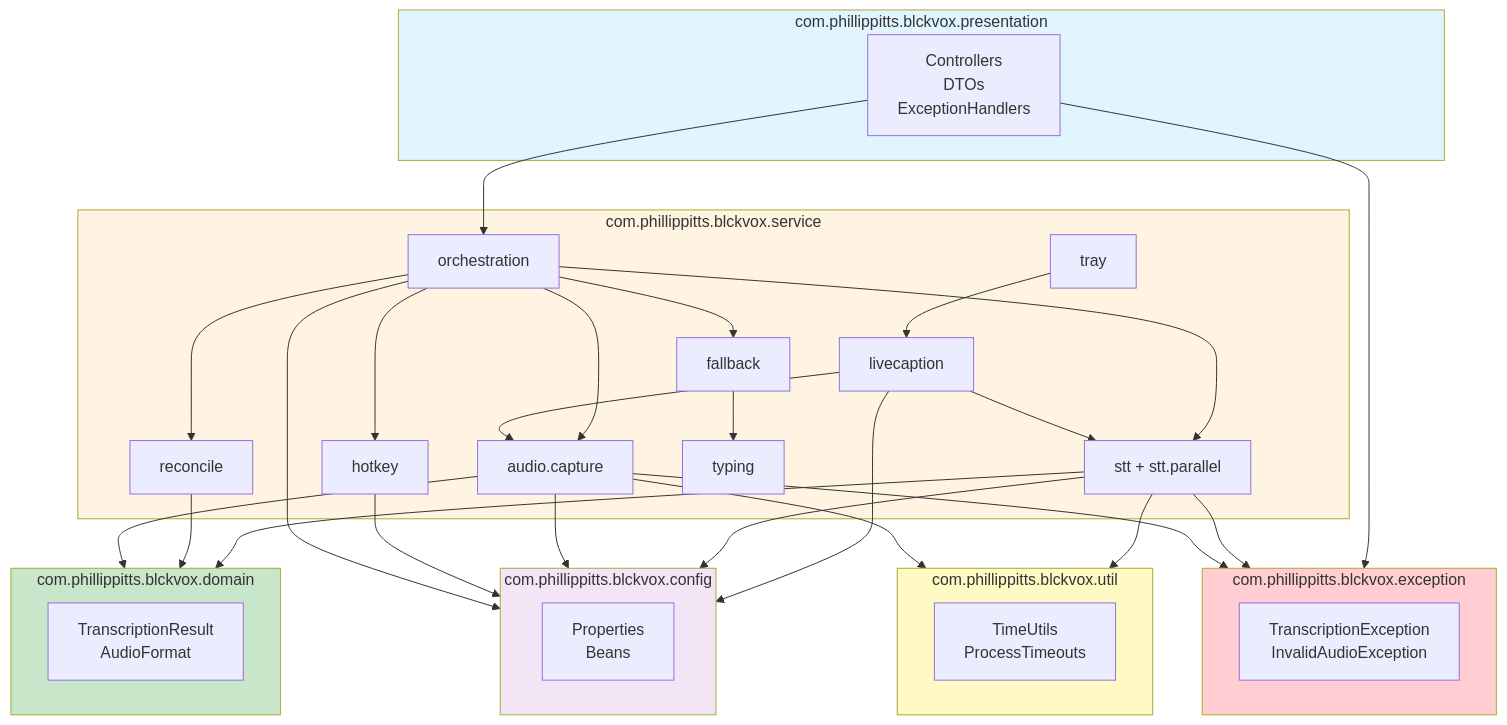
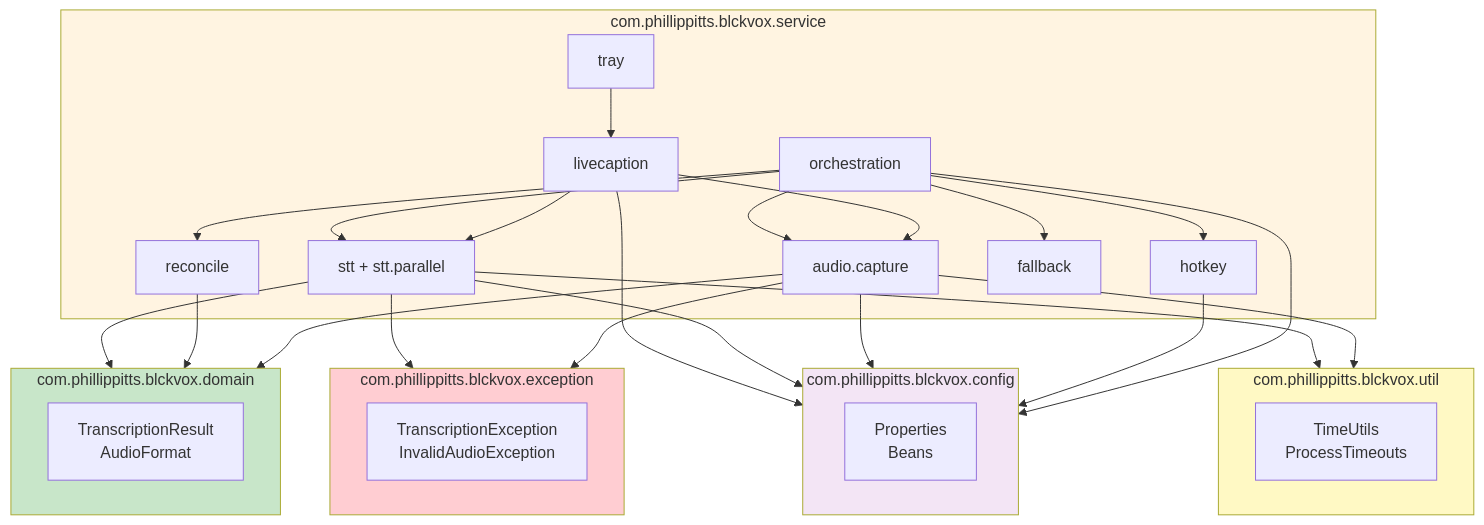
One commit to phillippitts/speakToMack changed the sixth of 9 diagrams in docs/diagrams/class-dependencies.md. Above: the diagram before and after it, drawn with Mermaid. The commit also changed other lines of this file and 18 other files, not shown here.

````diff
--- a/docs/diagrams/class-dependencies.md
+++ b/docs/diagrams/class-dependencies.md
@@ -269,68 +259,59 @@
 ```mermaid
 graph TB
-    subgraph presentation["com.phillippitts.blckvox.presentation"]
-        Controller[Controllers<br/>DTOs<br/>ExceptionHandlers]
-    end
-
     subgraph service["com.phillippitts.blckvox.service"]
         Orch[orchestration]
         STT[stt + stt.parallel]
         Audio[audio.capture]
         Hotkey[hotkey]
         Reconcile[reconcile]
         Fallback[fallback]
-        Typing[typing]
         LiveCaption[livecaption]
         Tray[tray]
     end
 
     subgraph domain["com.phillippitts.blckvox.domain"]
         Entities[TranscriptionResult<br/>AudioFormat]
     end
 
     subgraph config["com.phillippitts.blckvox.config"]
         Props[Properties<br/>Beans]
     end
 
     subgraph exception["com.phillippitts.blckvox.exception"]
         Exceptions[TranscriptionException<br/>InvalidAudioException]
     end
 
     subgraph util["com.phillippitts.blckvox.util"]
         Utils[TimeUtils<br/>ProcessTimeouts]
     end
 
-    Controller --> Orch
     Orch --> Audio
     Orch --> STT
     Orch --> Hotkey
     Orch --> Reconcile
     Orch --> Fallback
-    Fallback --> Typing
     STT --> domain
     Reconcile --> domain
     Audio --> domain
     LiveCaption --> Audio
     LiveCaption --> STT
     LiveCaption --> config
     Tray --> LiveCaption
 
-    Controller --> exception
     STT --> exception
     Audio --> exception
 
     STT --> config
     Audio --> config
     Hotkey --> config
     Orch --> config
 
     STT --> util
     Audio --> util
 
-    style presentation fill:#e1f5ff
     style service fill:#fff4e1
     style domain fill:#c8e6c9
     style config fill:#f3e5f5
     style exception fill:#ffcdd2
     style util fill:#fff9c4
 ```
````
